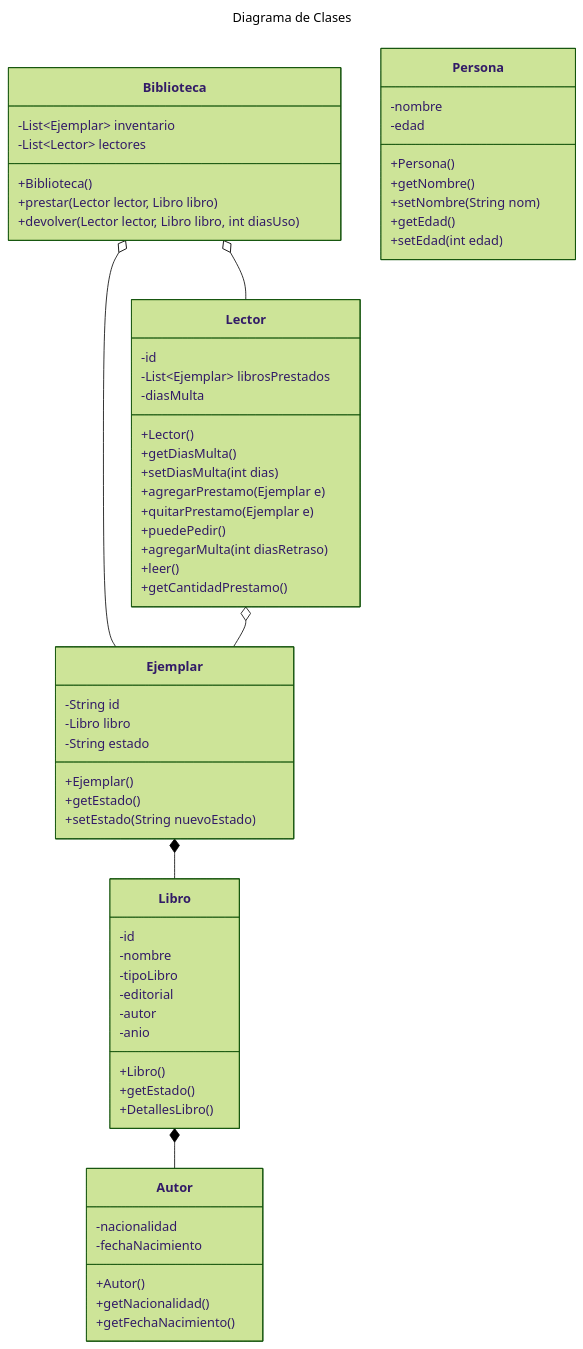
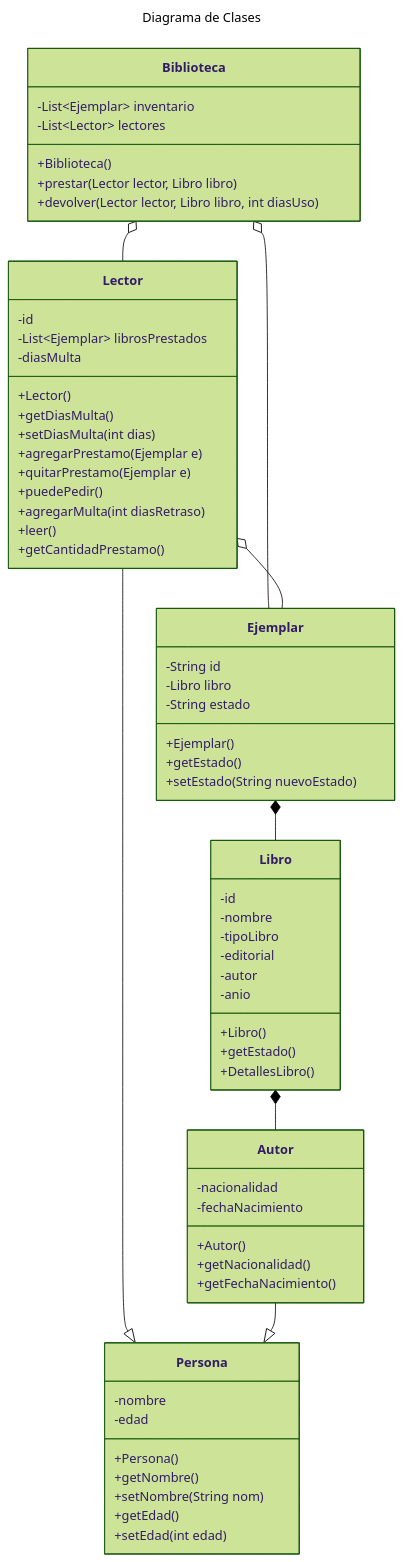
One commit to mauryci2/Jaime-Felix-POO-Base changed the diagram in README.md. Above: the diagram before and after it, drawn with Mermaid (forest theme).

Commit message:
agregue relaciones de asociación

````diff
--- a/README.md
+++ b/README.md
@@ -7,71 +7,73 @@
 ```mermaid
 ---
 title: Diagrama de Clases
 ---
 classDiagram
+      Lector --|> Persona
+      Autor --|> Persona
 
       Biblioteca o-- Ejemplar
       Biblioteca o-- Lector
       Ejemplar *-- Libro
       Libro *-- Autor
       Lector o-- Ejemplar
       class Biblioteca{
             -List~Ejemplar~ inventario
             -List~Lector~ lectores
             +Biblioteca()
             +prestar(Lector lector, Libro libro)
             +devolver(Lector lector, Libro libro, int diasUso)
             
       }
             
       class Libro{
             -id
             -nombre
             -tipoLibro
             -editorial
             -autor
             -anio
             +Libro()
             +getEstado()
             +DetallesLibro()
             
       }
       class Lector{
             -id
             -List~Ejemplar~ librosPrestados
             -diasMulta
             +Lector()
             +getDiasMulta()
             +setDiasMulta(int dias)
             +agregarPrestamo(Ejemplar e)
             +quitarPrestamo(Ejemplar e)
             +puedePedir()
             +agregarMulta(int diasRetraso)
             +leer()
             +getCantidadPrestamo()
             }
       class Ejemplar {
             -String id
             -Libro libro
             -String estado
             +Ejemplar()
             +getEstado()
             +setEstado(String nuevoEstado)
       }
       class Autor{
             -nacionalidad
             -fechaNacimiento
             +Autor()
             +getNacionalidad()
             +getFechaNacimiento()
       }
       class Persona{
             -nombre
             -edad
             +Persona()
             +getNombre()
             +setNombre(String nom)
             +getEdad()
             +setEdad(int edad)
       }
 ```
````
